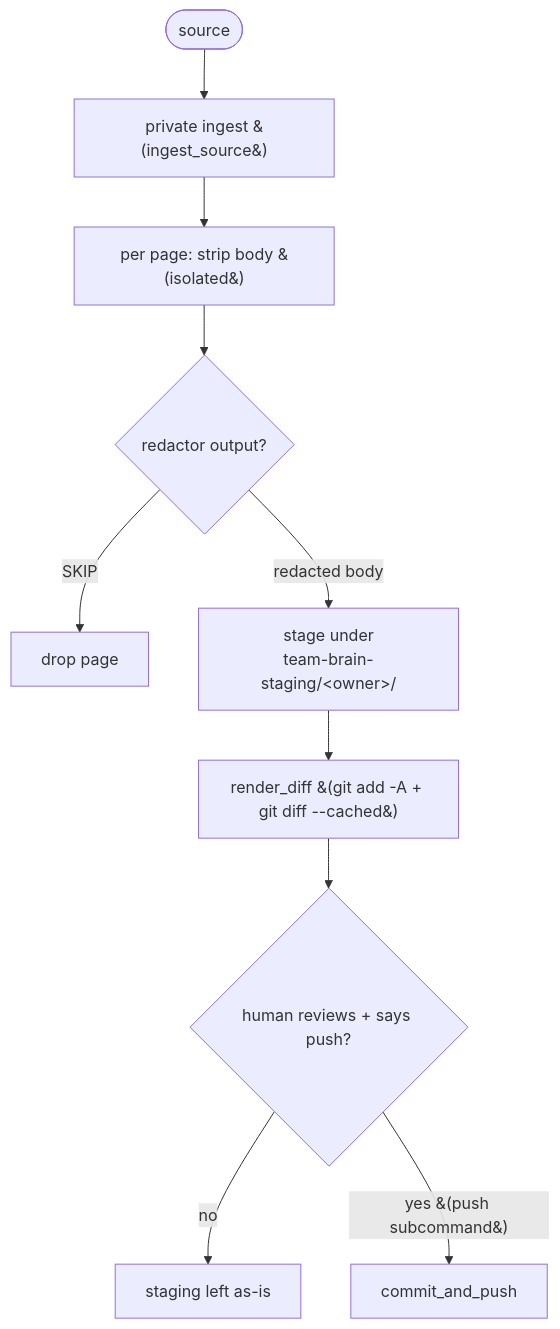
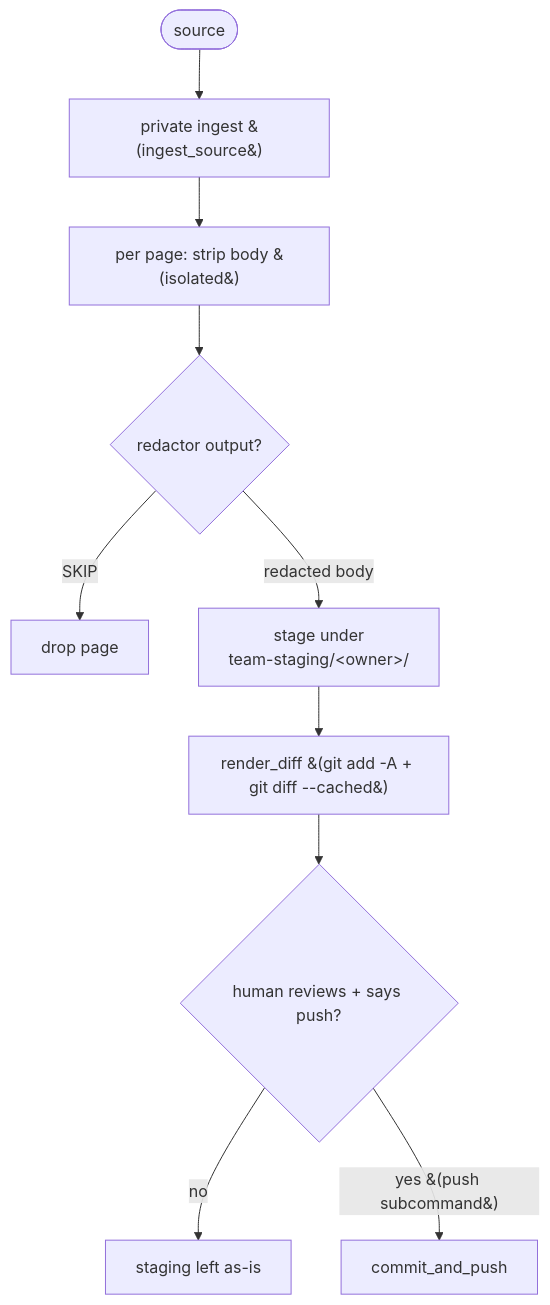
Before and after one commit to randyren278/hera: the fifth of 6 diagrams in docs/PIPELINES.md, drawn with Mermaid. The commit also changed other lines of this file and 125 other files, not shown here.

````diff
--- a/docs/PIPELINES.md
+++ b/docs/PIPELINES.md
@@ -206,12 +206,12 @@
 ```mermaid
 flowchart TD
   A(["source"]) --> B["private ingest &#40;ingest_source&#41;"]
   B --> C["per page: strip body &#40;isolated&#41;"]
   C --> D{"redactor output?"}
   D -->|SKIP| E["drop page"]
-  D -->|redacted body| F["stage under<br>team-brain-staging/&lt;owner&gt;/"]
+  D -->|redacted body| F["stage under<br>team-staging/&lt;owner&gt;/"]
   F --> G["render_diff &#40;git add -A + git diff --cached&#41;"]
   G --> H{"human reviews + says push?"}
   H -->|no| I["staging left as-is"]
   H -->|"yes &#40;push subcommand&#41;"| J["commit_and_push"]
 ```
````
